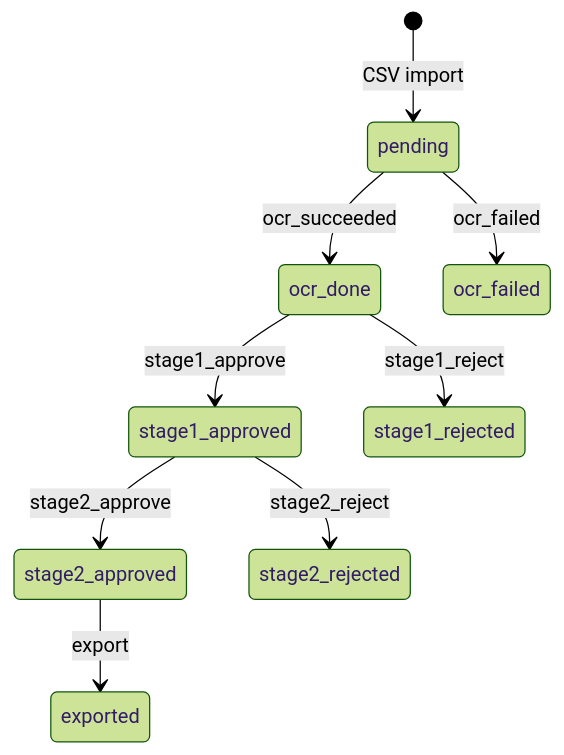
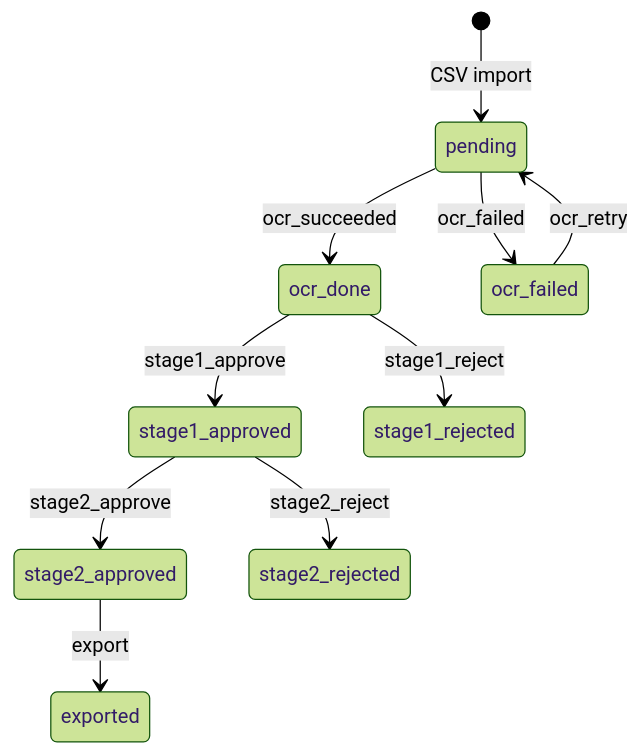
Before and after one commit to cyx1322/software-engineer-intern: the diagram in q1_api/README.md, drawn with Mermaid (forest theme). The commit also changed other lines of this file and 18 other files, not shown here.

````diff
--- a/q1_api/README.md
+++ b/q1_api/README.md
@@ -96,11 +101,12 @@
 ```mermaid
 stateDiagram-v2
     [*] --> pending: CSV import
     pending --> ocr_done: ocr_succeeded
     pending --> ocr_failed: ocr_failed
+    ocr_failed --> pending: ocr_retry
     ocr_done --> stage1_approved: stage1_approve
     ocr_done --> stage1_rejected: stage1_reject
     stage1_approved --> stage2_approved: stage2_approve
     stage1_approved --> stage2_rejected: stage2_reject
     stage2_approved --> exported: export
 ```
````
